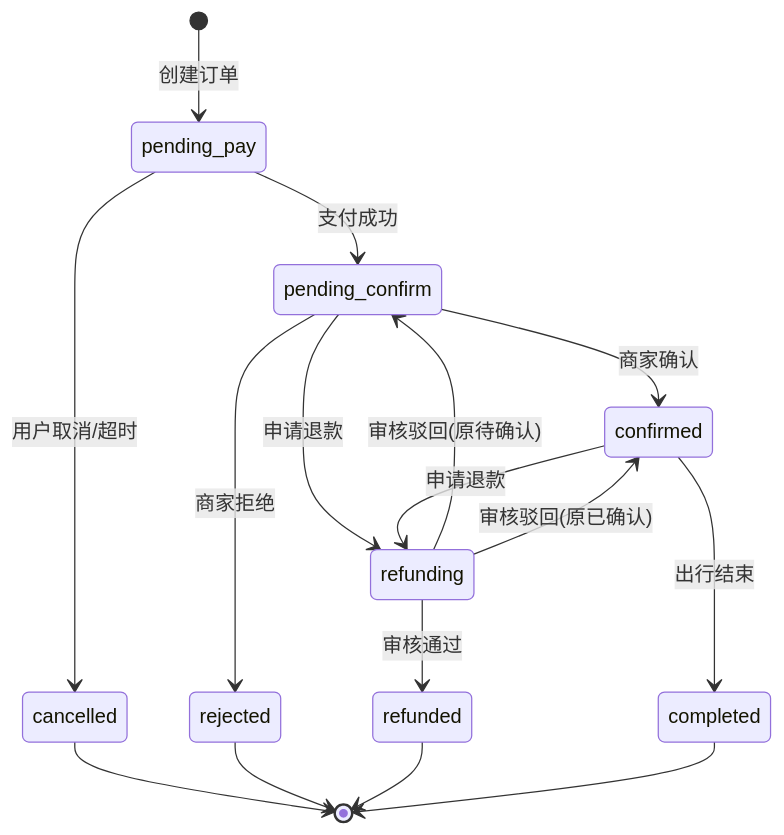
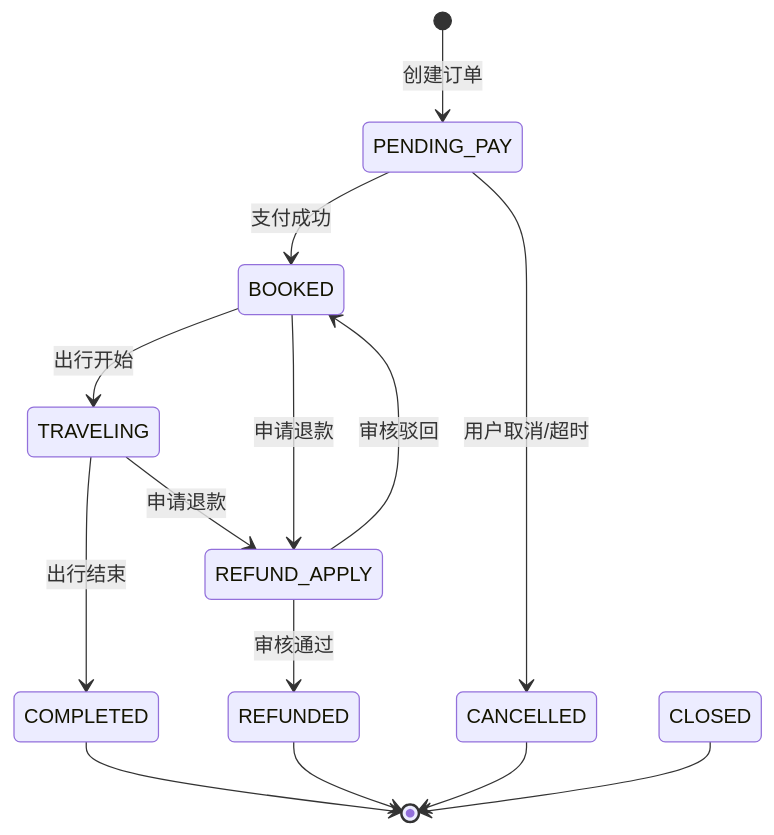
The first of 7 diagrams in docs/技术方案/寻迹千行详细设计_V1.md (jianbo-fly/xunjiqianxing-mini), drawn with Mermaid before and after one commit. The commit also changed other lines of this file and 359 other files, not shown here.

````diff
--- a/docs/技术方案/寻迹千行详细设计_V1.md
+++ b/docs/技术方案/寻迹千行详细设计_V1.md
@@ -99,23 +67,21 @@
 ```mermaid
 stateDiagram-v2
-    [*] --> pending_pay: 创建订单
+    [*] --> PENDING_PAY: 创建订单
 
-    pending_pay --> pending_confirm: 支付成功
-    pending_pay --> cancelled: 用户取消/超时
+    PENDING_PAY --> BOOKED: 支付成功
+    PENDING_PAY --> CANCELLED: 用户取消/超时
 
-    pending_confirm --> confirmed: 商家确认
-    pending_confirm --> rejected: 商家拒绝
-    pending_confirm --> refunding: 申请退款
+    BOOKED --> TRAVELING: 出行开始
+    BOOKED --> REFUND_APPLY: 申请退款
 
-    confirmed --> completed: 出行结束
-    confirmed --> refunding: 申请退款
+    TRAVELING --> COMPLETED: 出行结束
+    TRAVELING --> REFUND_APPLY: 申请退款
 
-    refunding --> refunded: 审核通过
-    refunding --> pending_confirm: 审核驳回(原待确认)
-    refunding --> confirmed: 审核驳回(原已确认)
+    REFUND_APPLY --> REFUNDED: 审核通过
+    REFUND_APPLY --> BOOKED: 审核驳回
 
-    cancelled --> [*]
-    rejected --> [*]
-    refunded --> [*]
-    completed --> [*]
+    CANCELLED --> [*]
+    REFUNDED --> [*]
+    COMPLETED --> [*]
+    CLOSED --> [*]
 ```
````
